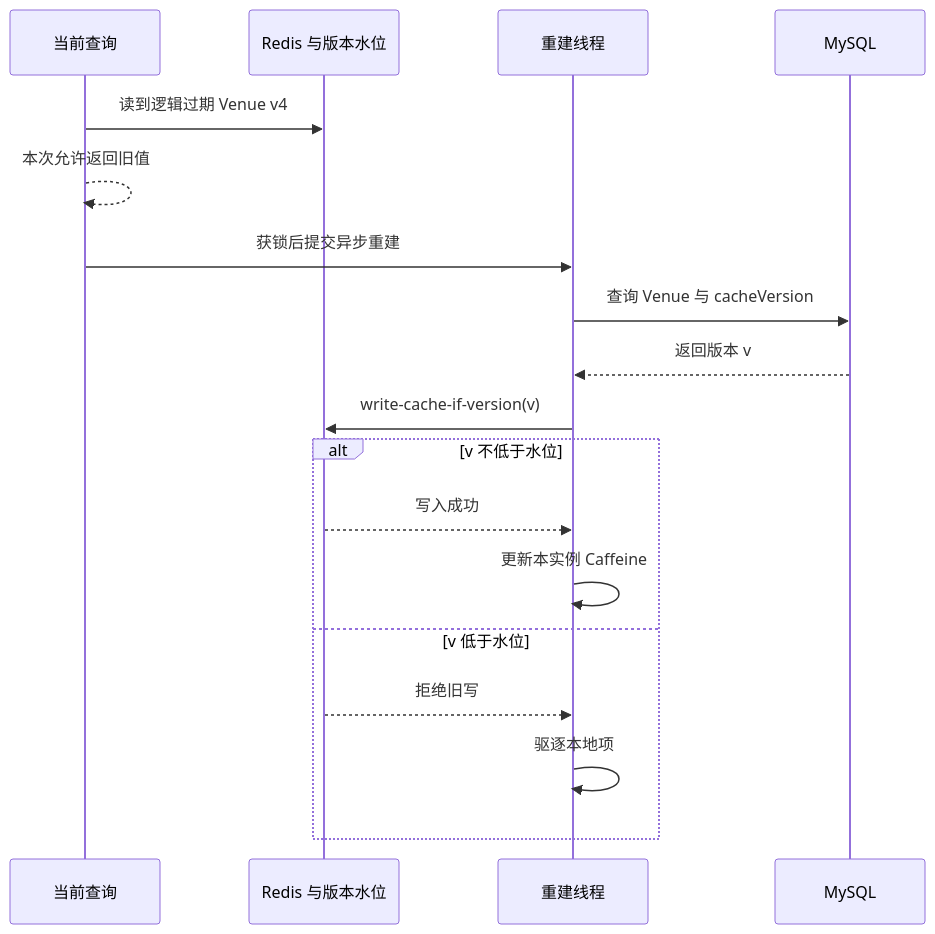
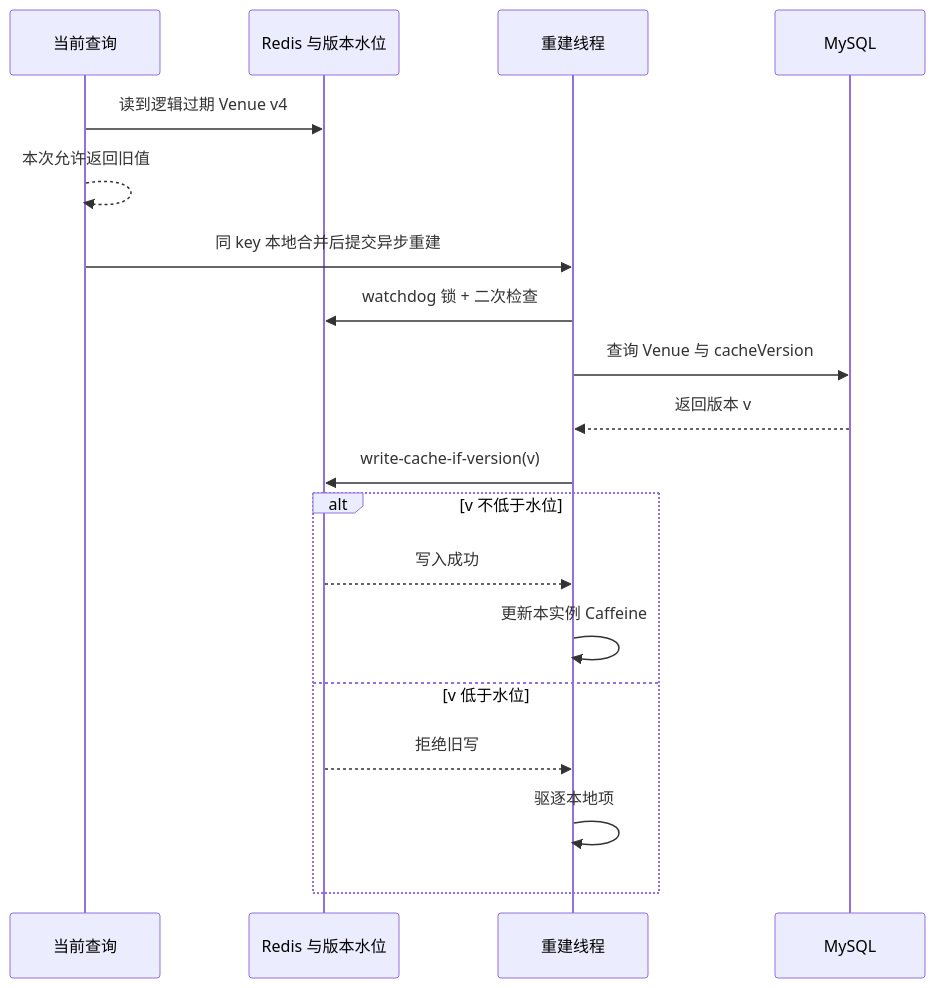
Before and after one commit to SyH-101/citypass-platform: the ninth of 14 diagrams in 04-最终一致性与缓存治理.md, drawn with Mermaid. The commit also changed other lines of this file and 27 other files, not shown here.

````diff
--- a/04-最终一致性与缓存治理.md
+++ b/04-最终一致性与缓存治理.md
@@ -816,20 +908,21 @@
 ```mermaid
 sequenceDiagram
     participant Q as 当前查询
     participant R as Redis 与版本水位
     participant B as 重建线程
     participant DB as MySQL
     Q->>R: 读到逻辑过期 Venue v4
     Q-->>Q: 本次允许返回旧值
-    Q->>B: 获锁后提交异步重建
+    Q->>B: 同 key 本地合并后提交异步重建
+    B->>R: watchdog 锁 + 二次检查
     B->>DB: 查询 Venue 与 cacheVersion
     DB-->>B: 返回版本 v
     B->>R: write-cache-if-version(v)
     alt v 不低于水位
         R-->>B: 写入成功
         B->>B: 更新本实例 Caffeine
     else v 低于水位
         R-->>B: 拒绝旧写
         B->>B: 驱逐本地项
     end
 ```
````
